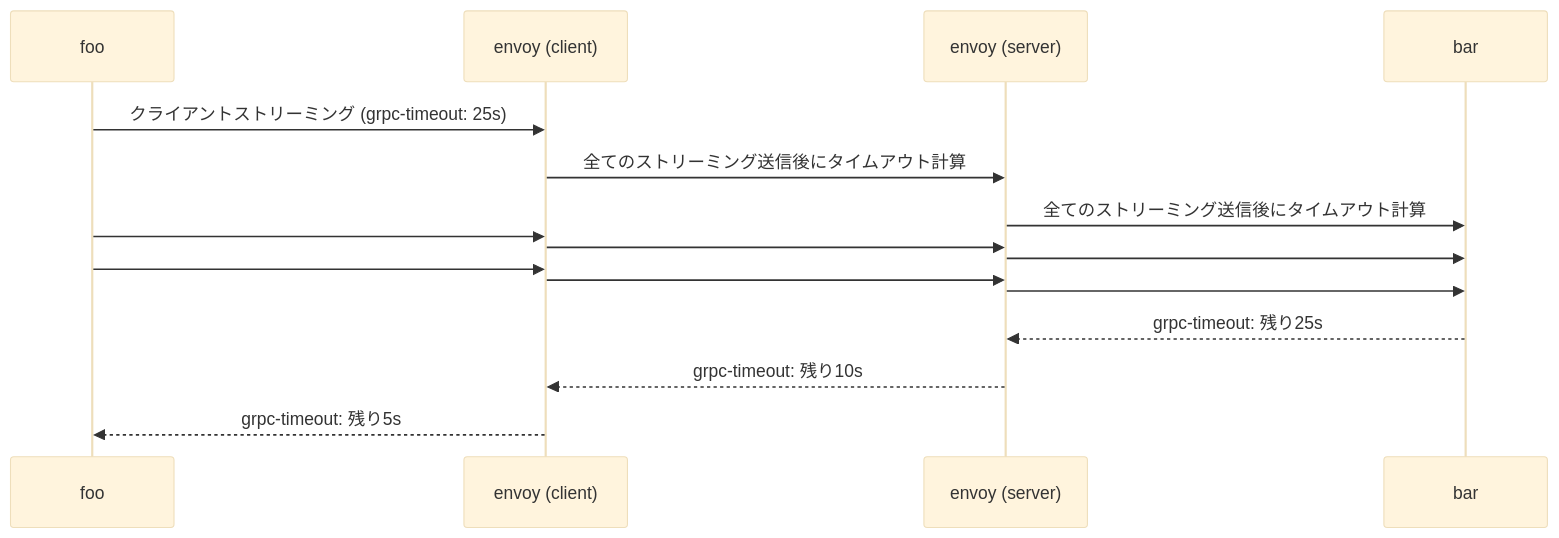
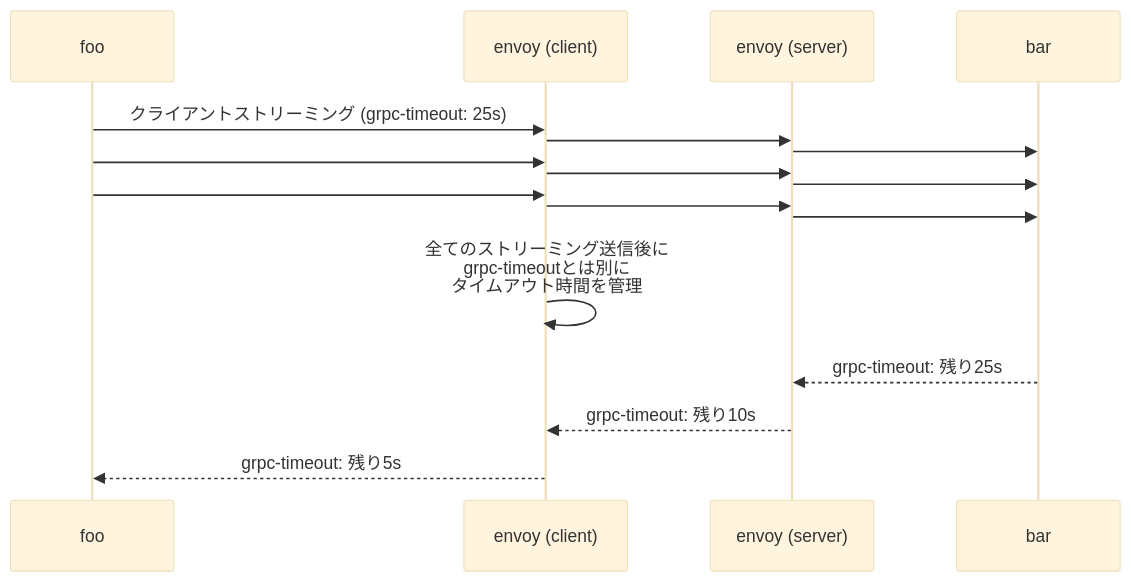
The first of 2 diagrams in docs/software/software_middleware_service_mesh_envoy_envoy_yaml.md (hiroki-it/tech-notebook), drawn with Mermaid (base theme) before and after one commit. The commit also changed other lines of this file, not shown here.

````diff
--- a/docs/software/software_middleware_service_mesh_envoy_envoy_yaml.md
+++ b/docs/software/software_middleware_service_mesh_envoy_envoy_yaml.md
@@ -345,21 +345,23 @@
 ```mermaid
 sequenceDiagram
 
     foo->>envoy (client): クライアントストリーミング (grpc-timeout: 25s)
-    envoy (client)->>envoy (server): 全てのストリーミング送信後にタイムアウト計算
-    envoy (server)->>bar: 全てのストリーミング送信後にタイムアウト計算
+    envoy (client)->>envoy (server): 
+    envoy (server)->>bar: 
 
     foo->>envoy (client): 
     envoy (client)->>envoy (server): 
     envoy (server)->>bar: 
 
     foo->>envoy (client): 
     envoy (client)->>envoy (server): 
     envoy (server)->>bar: 
 
+    envoy (client)->>envoy (client): 全てのストリーミング送信後に<br>grpc-timeoutとは別に<br>タイムアウト時間を管理
+
     bar-->>envoy (server): grpc-timeout: 残り25s
 
     envoy (server)-->>envoy (client): grpc-timeout: 残り10s
 
     envoy (client)-->>foo: grpc-timeout: 残り5s
 ```
````
